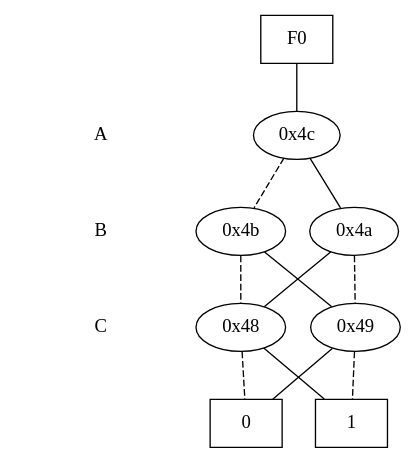
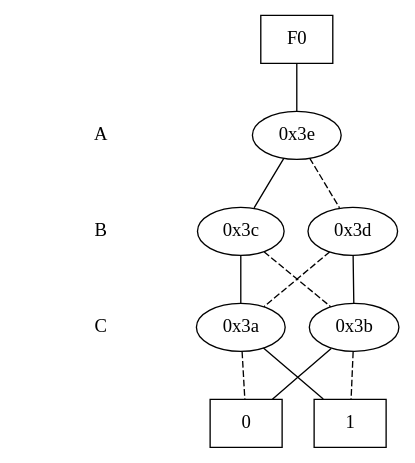
Before and after one commit to DimitrisT1804/algorithm_cad1_project: the diagram in tool/bdd_output/add2d1.dot, drawn with Graphviz. The commit also changed 5 other files, not shown here.

```diff
--- a/tool/bdd_output/add2d1.dot
+++ b/tool/bdd_output/add2d1.dot
@@ -1,41 +1,41 @@
 digraph "DD" {
 size = "7.5,10"
 center = true;
 edge [dir = none];
 { node [shape = plaintext];
   edge [style = invis];
   "CONST NODES" [style = invis];
 " A " -> " B " -> " C " -> "CONST NODES"; 
 }
 { rank = same; node [shape = box]; edge [style = invis];
 "F0"; }
 { rank = same; " A ";
-"0x4c";
+"0x3e";
 }
 { rank = same; " B ";
-"0x4b";
-"0x4a";
+"0x3c";
+"0x3d";
 }
 { rank = same; " C ";
-"0x48";
-"0x49";
+"0x3a";
+"0x3b";
 }
 { rank = same; "CONST NODES";
-{ node [shape = box]; "0x3d";
-"0x3c";
+{ node [shape = box]; "0x2f";
+"0x2e";
 }
 }
-"F0" -> "0x4c" [style = solid];
-"0x4c" -> "0x4a";
-"0x4c" -> "0x4b" [style = dashed];
-"0x4b" -> "0x49";
-"0x4b" -> "0x48" [style = dashed];
-"0x4a" -> "0x48";
-"0x4a" -> "0x49" [style = dashed];
-"0x48" -> "0x3c";
-"0x48" -> "0x3d" [style = dashed];
-"0x49" -> "0x3d";
-"0x49" -> "0x3c" [style = dashed];
-"0x3d" [label = "0"];
-"0x3c" [label = "1"];
+"F0" -> "0x3e" [style = solid];
+"0x3e" -> "0x3c";
+"0x3e" -> "0x3d" [style = dashed];
+"0x3c" -> "0x3a";
+"0x3c" -> "0x3b" [style = dashed];
+"0x3d" -> "0x3b";
+"0x3d" -> "0x3a" [style = dashed];
+"0x3a" -> "0x2e";
+"0x3a" -> "0x2f" [style = dashed];
+"0x3b" -> "0x2f";
+"0x3b" -> "0x2e" [style = dashed];
+"0x2f" [label = "0"];
+"0x2e" [label = "1"];
 }
```
